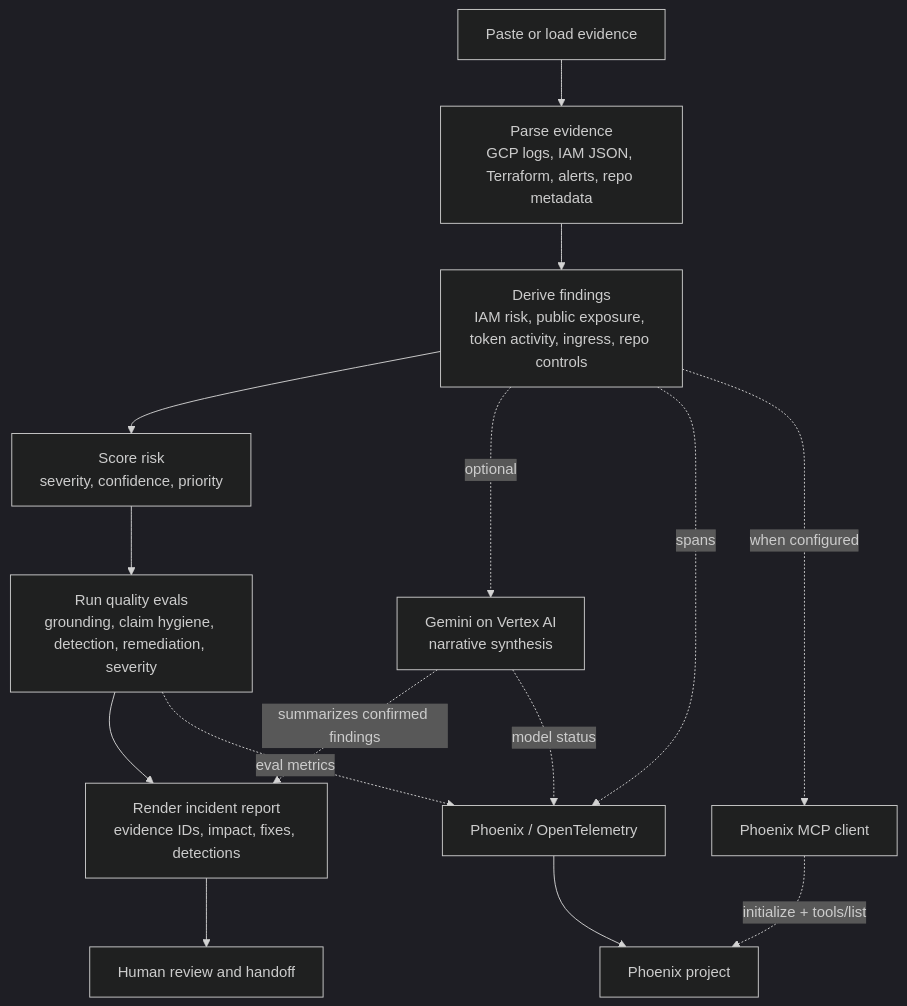
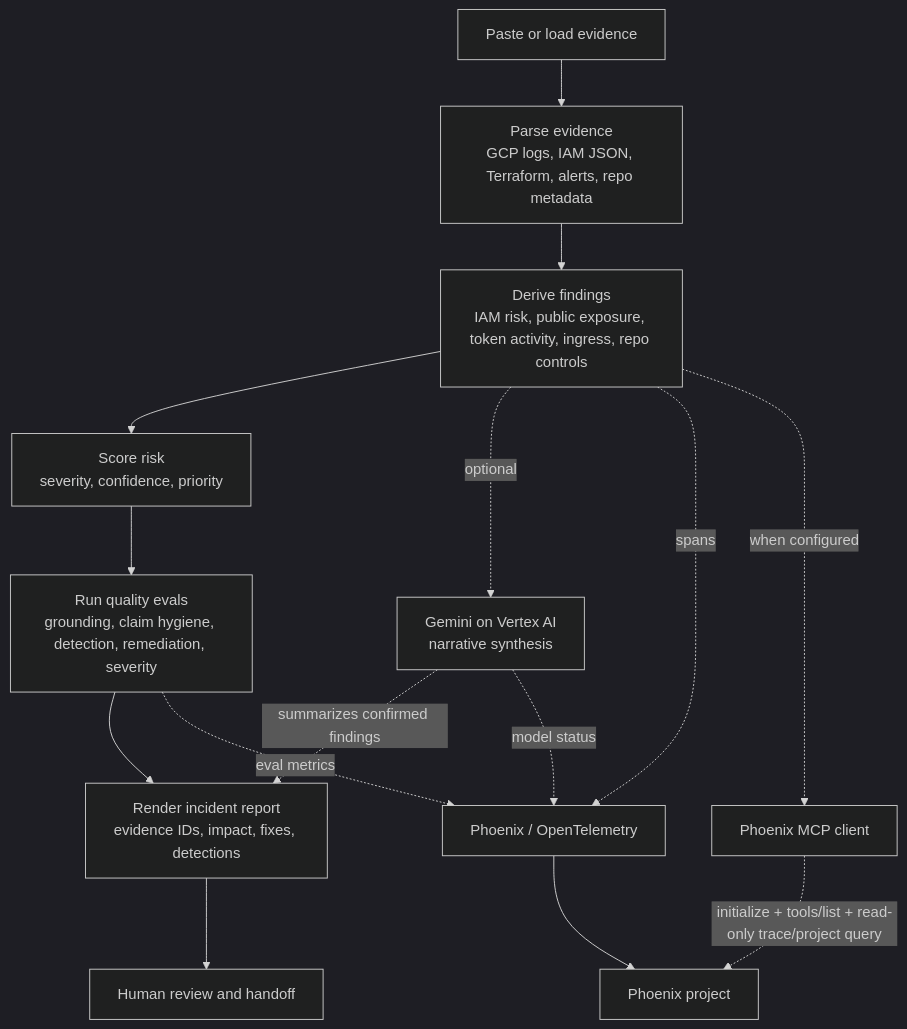
One commit to Lockelamoree/TraceGuard changed the first of 2 diagrams in PROJECT_VISUALIZATION.md. Above: the diagram before and after it, drawn with Mermaid (dark theme). The commit also changed other lines of this file and 12 other files, not shown here.

Commit message:
Deepen Phoenix MCP and document ADK runtime

````diff
--- a/PROJECT_VISUALIZATION.md
+++ b/PROJECT_VISUALIZATION.md
@@ -7,20 +7,20 @@
 ```mermaid
 flowchart TD
     start["Paste or load evidence"] --> parse["Parse evidence<br/>GCP logs, IAM JSON, Terraform, alerts, repo metadata"]
     parse --> findings["Derive findings<br/>IAM risk, public exposure, token activity, ingress, repo controls"]
     findings --> score["Score risk<br/>severity, confidence, priority"]
     score --> evals["Run quality evals<br/>grounding, claim hygiene, detection, remediation, severity"]
     evals --> report["Render incident report<br/>evidence IDs, impact, fixes, detections"]
     report --> human["Human review and handoff"]
 
     findings -. "optional" .-> gemini["Gemini on Vertex AI<br/>narrative synthesis"]
     gemini -. "summarizes confirmed findings" .-> report
 
     findings -. "spans" .-> otel["Phoenix / OpenTelemetry"]
     evals -. "eval metrics" .-> otel
     gemini -. "model status" .-> otel
     otel --> phoenix["Phoenix project"]
 
     findings -. "when configured" .-> mcp["Phoenix MCP client"]
-    mcp -. "initialize + tools/list" .-> phoenix
+    mcp -. "initialize + tools/list + read-only trace/project query" .-> phoenix
 ```
````
